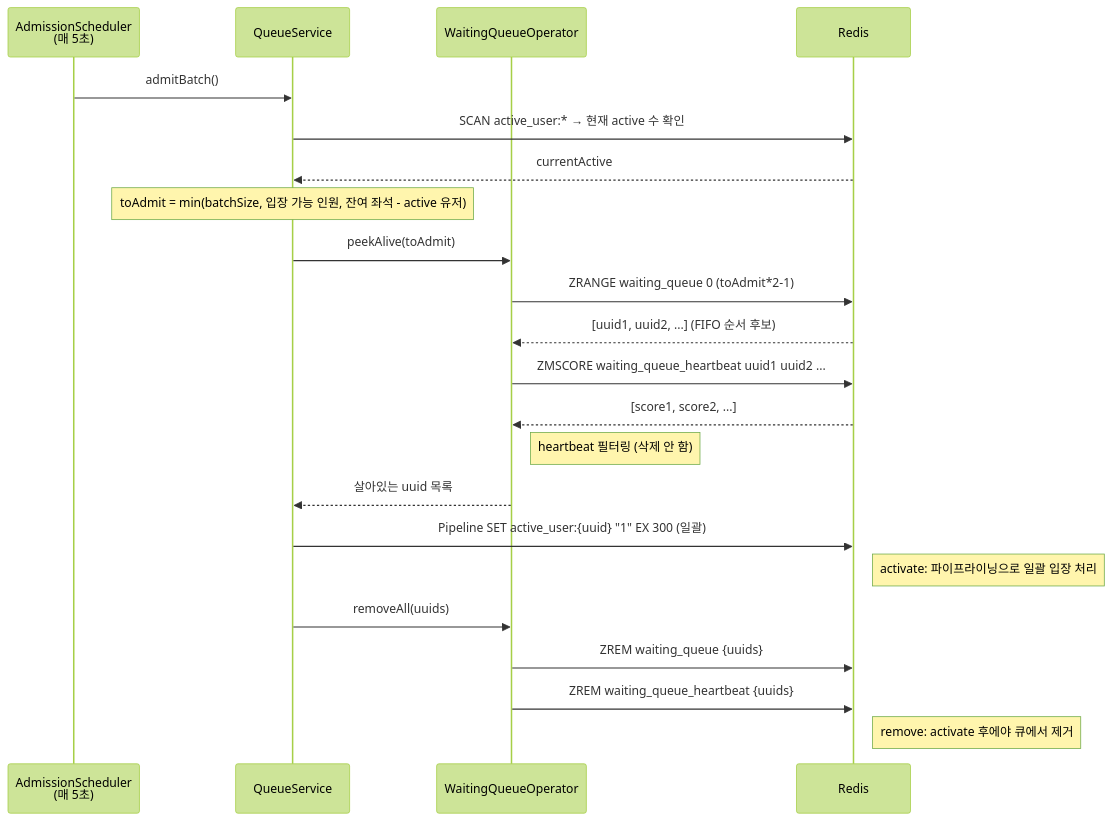
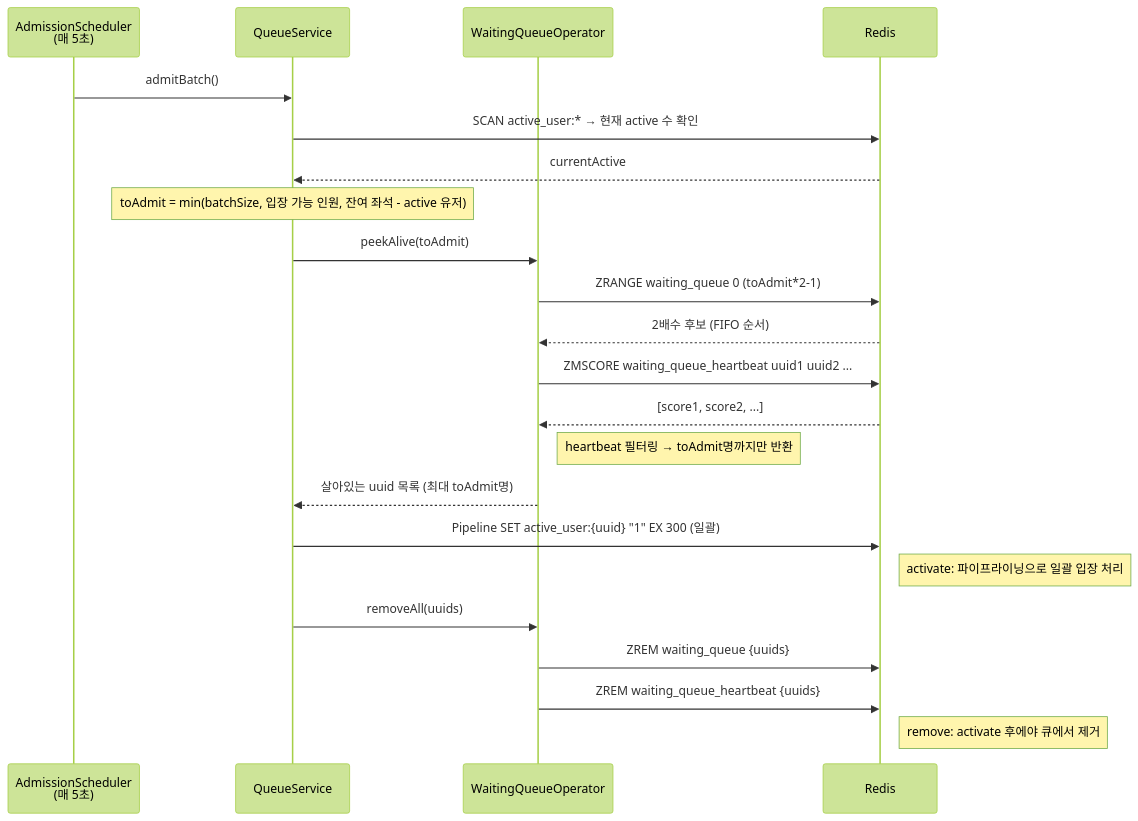
The fourth of 7 diagrams in README.md (irnd04/zticket), drawn with Mermaid (forest theme) before and after one commit.

Commit message:
docs: 입장 스케줄러 다이어그램에 2배수 후보 → toAdmit명 필터링 명시

````diff
--- a/README.md
+++ b/README.md
@@ -141,30 +141,30 @@
 ```mermaid
 sequenceDiagram
     participant S as AdmissionScheduler<br/>(매 5초)
     participant Q as QueueService
     participant O as WaitingQueueOperator
     participant R as Redis
 
     S->>Q: admitBatch()
 
     Q->>R: SCAN active_user:* → 현재 active 수 확인
     R-->>Q: currentActive
 
     Note over Q: toAdmit = min(batchSize, 입장 가능 인원, 잔여 좌석 - active 유저)
 
     Q->>O: peekAlive(toAdmit)
     O->>R: ZRANGE waiting_queue 0 (toAdmit*2-1)
-    R-->>O: [uuid1, uuid2, ...] (FIFO 순서 후보)
+    R-->>O: 2배수 후보 (FIFO 순서)
     O->>R: ZMSCORE waiting_queue_heartbeat uuid1 uuid2 ...
     R-->>O: [score1, score2, ...]
-    Note right of O: heartbeat 필터링 (삭제 안 함)
-    O-->>Q: 살아있는 uuid 목록
+    Note right of O: heartbeat 필터링 → toAdmit명까지만 반환
+    O-->>Q: 살아있는 uuid 목록 (최대 toAdmit명)
 
     Q->>R: Pipeline SET active_user:{uuid} "1" EX 300 (일괄)
     Note right of R: activate: 파이프라이닝으로 일괄 입장 처리
 
     Q->>O: removeAll(uuids)
     O->>R: ZREM waiting_queue {uuids}
     O->>R: ZREM waiting_queue_heartbeat {uuids}
     Note right of R: remove: activate 후에야 큐에서 제거
 ```
````
